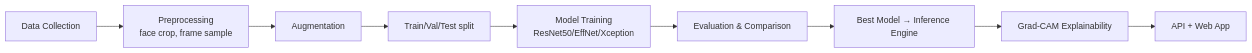
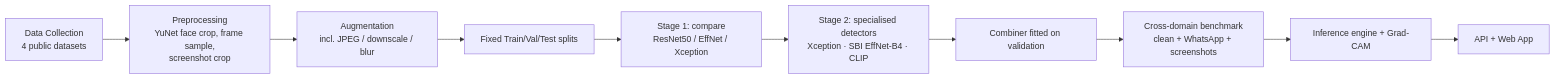
Before and after one commit to btwitsshivanshu/Deepfake-Detection-system: the diagram in docs/phase11_final_report.md, drawn with Mermaid. The commit also changed other lines of this file and 52 other files, not shown here.

````diff
--- a/docs/phase11_final_report.md
+++ b/docs/phase11_final_report.md
@@ -187,11 +207,12 @@
 ```mermaid
 flowchart LR
-    A[Data Collection] --> B[Preprocessing<br/>face crop, frame sample]
-    B --> C[Augmentation]
-    C --> D[Train/Val/Test split]
-    D --> E[Model Training<br/>ResNet50/EffNet/Xception]
-    E --> F[Evaluation & Comparison]
-    F --> G[Best Model → Inference Engine]
-    G --> H[Grad-CAM Explainability]
+    A[Data Collection<br/>4 public datasets] --> B[Preprocessing<br/>YuNet face crop, frame sample,<br/>screenshot crop]
+    B --> C[Augmentation<br/>incl. JPEG / downscale / blur]
+    C --> D[Fixed Train/Val/Test splits]
+    D --> E1[Stage 1: compare<br/>ResNet50 / EffNet / Xception]
+    E1 --> E2[Stage 2: specialised detectors<br/>Xception · SBI EffNet-B4 · CLIP]
+    E2 --> F[Combiner fitted on validation]
+    F --> G[Cross-domain benchmark<br/>clean + WhatsApp + screenshots]
+    G --> H[Inference engine + Grad-CAM]
     H --> I[API + Web App]
 ```
````
